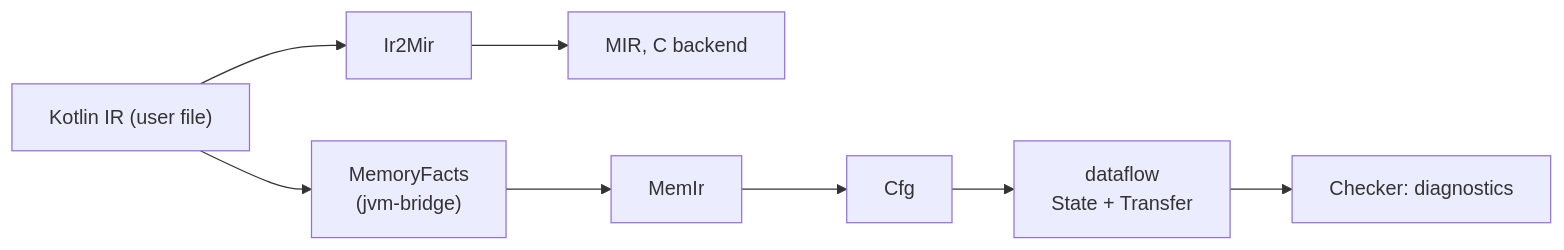
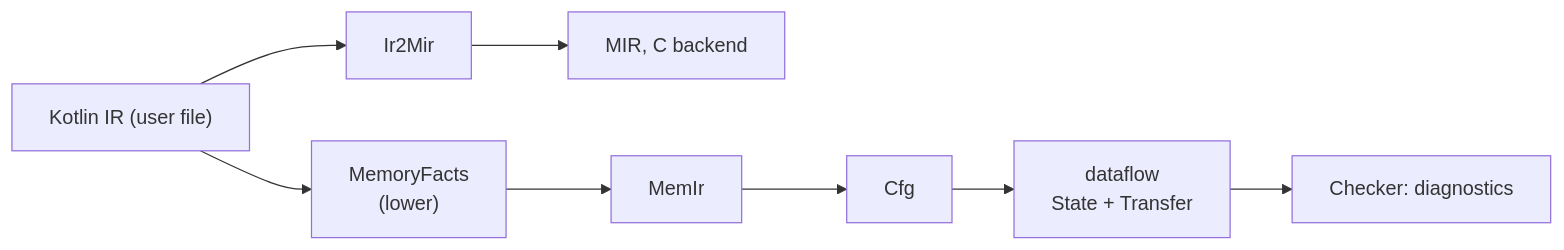
Before and after one commit to HenrySchwerdt/mini: the diagram in website/internals/checker.md, drawn with Mermaid. The commit also changed other lines of this file and 28 other files, not shown here.

````diff
--- a/website/internals/checker.md
+++ b/website/internals/checker.md
@@ -5,9 +5,9 @@
 ```mermaid
 flowchart LR
   ir["Kotlin IR (user file)"] --> ir2mir["Ir2Mir"] --> mir["MIR, C backend"]
-  ir --> facts["MemoryFacts<br/>(jvm-bridge)"]
+  ir --> facts["MemoryFacts<br/>(lower)"]
   facts --> memir["MemIr"]
   memir --> cfg["Cfg"]
   cfg --> df["dataflow<br/>State + Transfer"]
   df --> d["Checker: diagnostics"]
 ```
````
